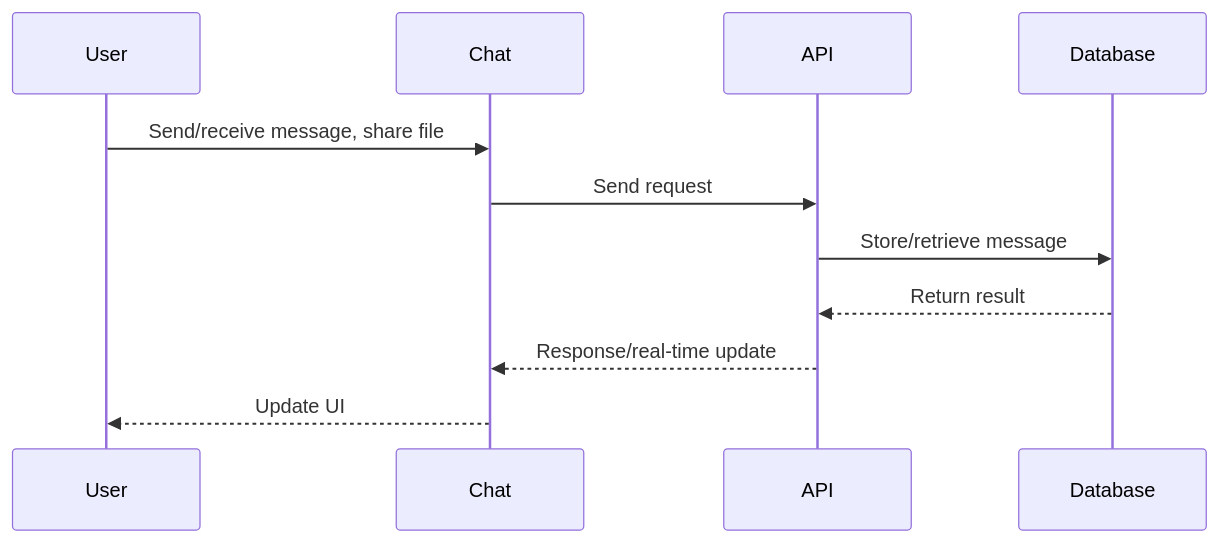
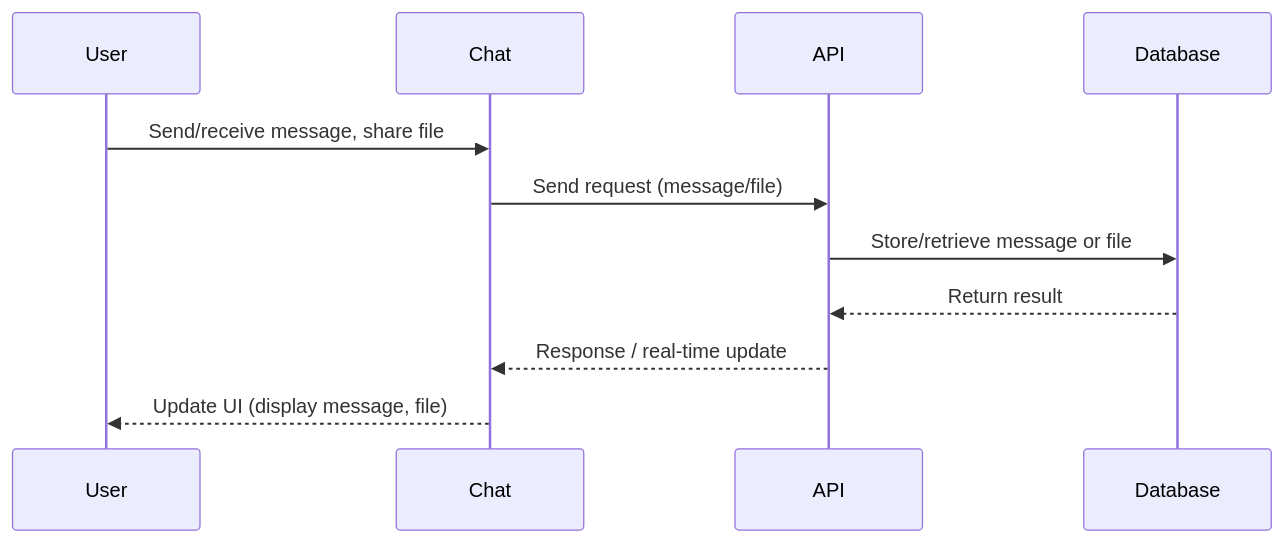
One commit to HackyCoder0951/focus-hub-design-899f45ae changed the first of 3 diagrams in modules_documentation/Chat.md. Above: the diagram before and after it, drawn with Mermaid. The commit also changed other lines of this file and 6 other files, not shown here.

First line of the commit message:
Enhance API and Chat documentation with updated diagrams and database design

````diff
--- a/modules_documentation/Chat.md
+++ b/modules_documentation/Chat.md
@@ -7,13 +7,14 @@
 ```mermaid
 sequenceDiagram
     participant User
     participant Chat
     participant API
     participant Database
+
     User->>Chat: Send/receive message, share file
-    Chat->>API: Send request
-    API->>Database: Store/retrieve message
+    Chat->>API: Send request (message/file)
+    API->>Database: Store/retrieve message or file
     Database-->>API: Return result
-    API-->>Chat: Response/real-time update
-    Chat-->>User: Update UI
+    API-->>Chat: Response / real-time update
+    Chat-->>User: Update UI (display message, file)
 ```
````
